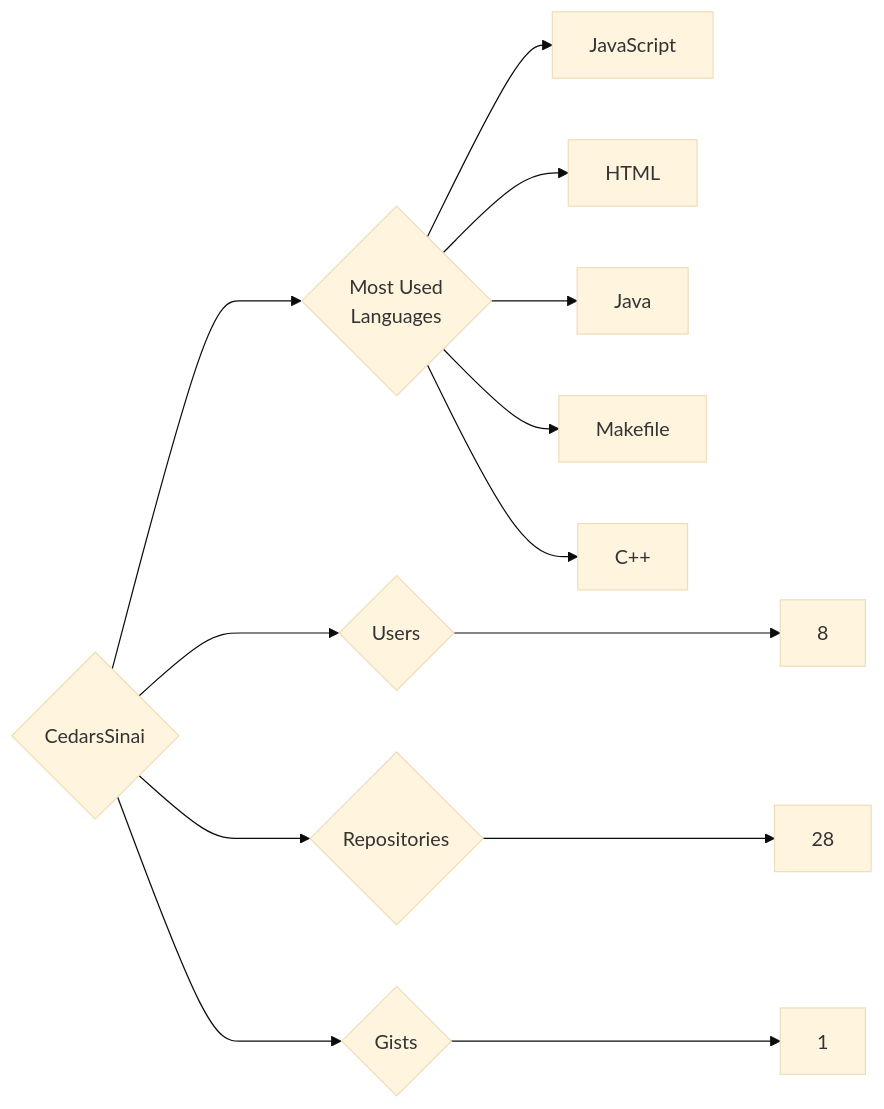
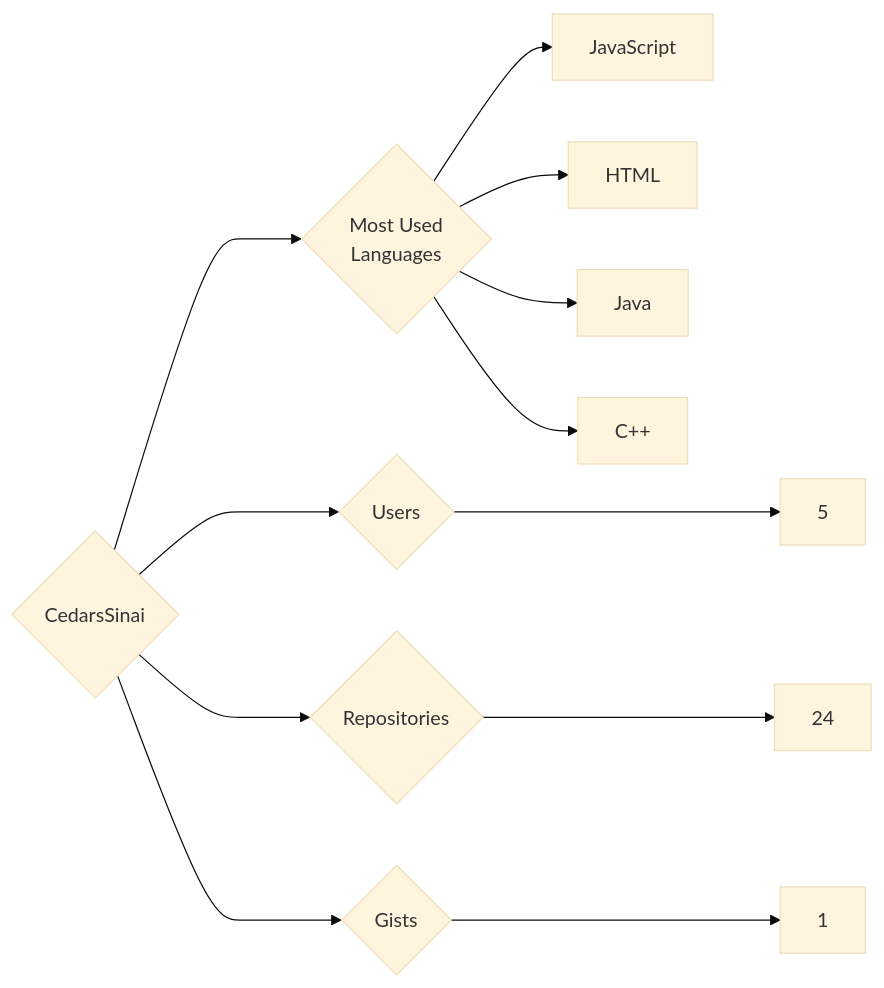
The diagram in targets/CedarsSinai/README.md (trickest/insiders), drawn with Mermaid (base theme) before and after one commit. The commit also changed 1055 other files, not shown here.

````diff
--- a/targets/CedarsSinai/README.md
+++ b/targets/CedarsSinai/README.md
@@ -3,13 +3,12 @@
 ```mermaid
 graph LR
 COMPANY_NAME{CedarsSinai}
-COMPANY_NAME ---> U{Users} ---> UN[8]
-COMPANY_NAME ---> R{Repositories} ---> RN[28]
+COMPANY_NAME ---> U{Users} ---> UN[5]
+COMPANY_NAME ---> R{Repositories} ---> RN[24]
 COMPANY_NAME ---> G{Gists} ---> GN[1]
 COMPANY_NAME ---> ML{Most Used<br>Languages}
 ML --> JavaScript[JavaScript]
 ML --> HTML[HTML]
 ML --> Java[Java]
-ML --> Makefile[Makefile]
 ML --> C++[C++]
 ```
````
